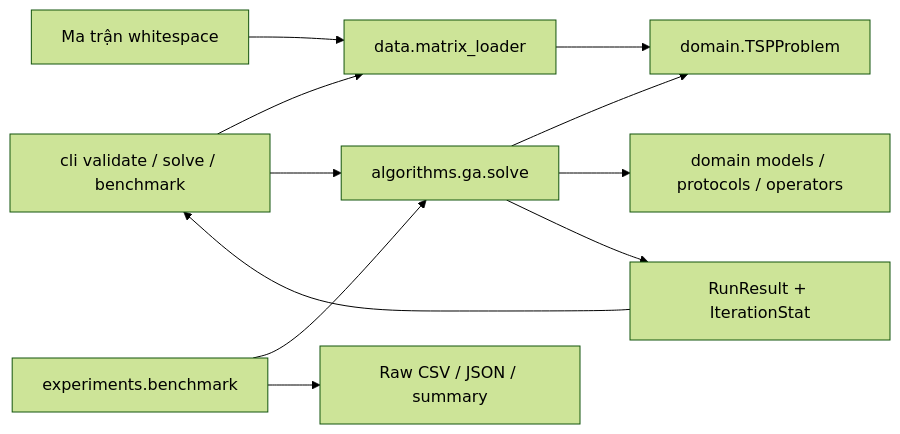
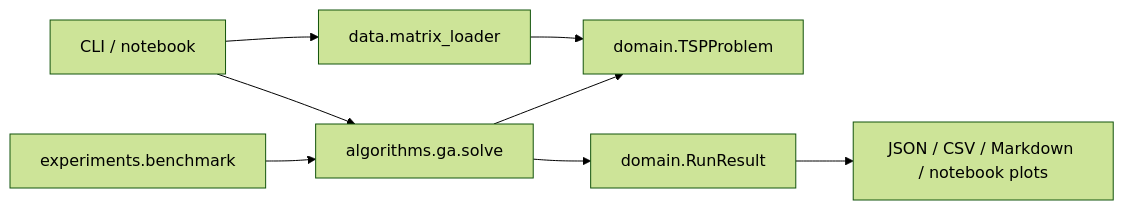
Before and after one commit to datweb07/ga-eho-tsp: the diagram in docs/architecture.md, drawn with Mermaid (forest theme). The commit also changed other lines of this file and 52 other files, not shown here.

````diff
--- a/docs/architecture.md
+++ b/docs/architecture.md
@@ -7,13 +7,10 @@
 ```mermaid
 flowchart LR
-    TXT[Ma trận whitespace] --> Loader[data.matrix_loader]
+    CLI[CLI / notebook] --> Loader[data.matrix_loader]
     Loader --> Problem[domain.TSPProblem]
-    CLI[cli validate / solve / benchmark] --> Loader
-    CLI --> GA[algorithms.ga.solve]
-    GA --> Problem
-    GA --> Contracts[domain models / protocols / operators]
-    GA --> Result[RunResult + IterationStat]
-    Result --> CLI
-    Bench[experiments.benchmark] --> GA
-    Bench --> CSV[Raw CSV / JSON / summary]
+    CLI --> Solver[algorithms.ga.solve]
+    Solver --> Problem
+    Solver --> Result[domain.RunResult]
+    Bench[experiments.benchmark] --> Solver
+    Result --> Export[JSON / CSV / Markdown / notebook plots]
 ```
````
